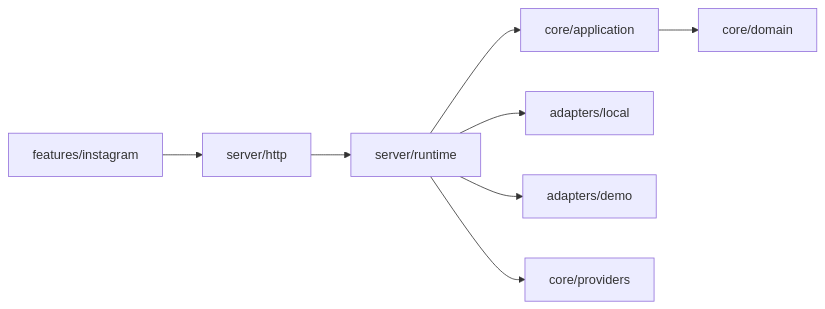
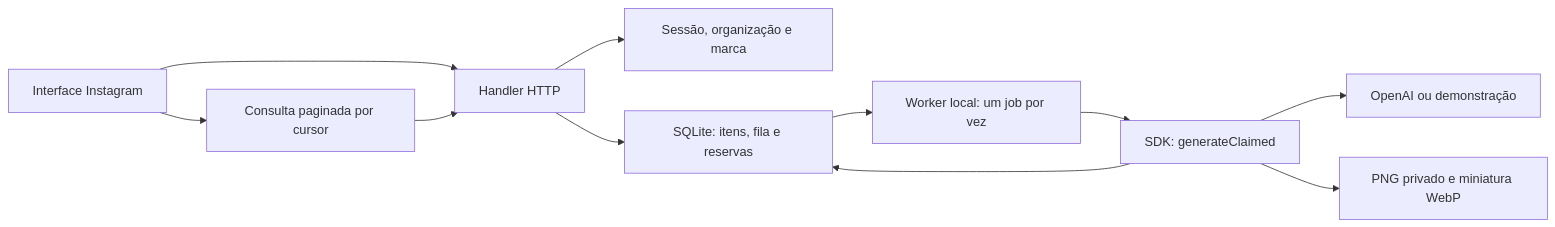
Before and after one commit to saraivabr/instagram-studio-kit: the diagram in docs/architecture.md, drawn with Mermaid. The commit also changed other lines of this file and 83 other files, not shown here.

````diff
--- a/docs/architecture.md
+++ b/docs/architecture.md
@@ -5,10 +5,13 @@
 ```mermaid
 flowchart LR
-  UI[features/instagram] --> API[server/http]
-  API --> Runtime[server/runtime]
-  Runtime --> Application[core/application]
-  Application --> Domain[core/domain]
-  Runtime --> Local[adapters/local]
-  Runtime --> Demo[adapters/demo]
-  Runtime --> Providers[core/providers]
+  UI[Interface Instagram] --> HTTP[Handler HTTP]
+  HTTP --> Context[Sessão, organização e marca]
+  HTTP --> Repository[SQLite: itens, fila e reservas]
+  Repository --> Worker[Worker local: um job por vez]
+  Worker --> Studio[SDK: generateClaimed]
+  Studio --> AI[OpenAI ou demonstração]
+  Studio --> Assets[PNG privado e miniatura WebP]
+  Studio --> Repository
+  UI --> Polling[Consulta paginada por cursor]
+  Polling --> HTTP
 ```
````
